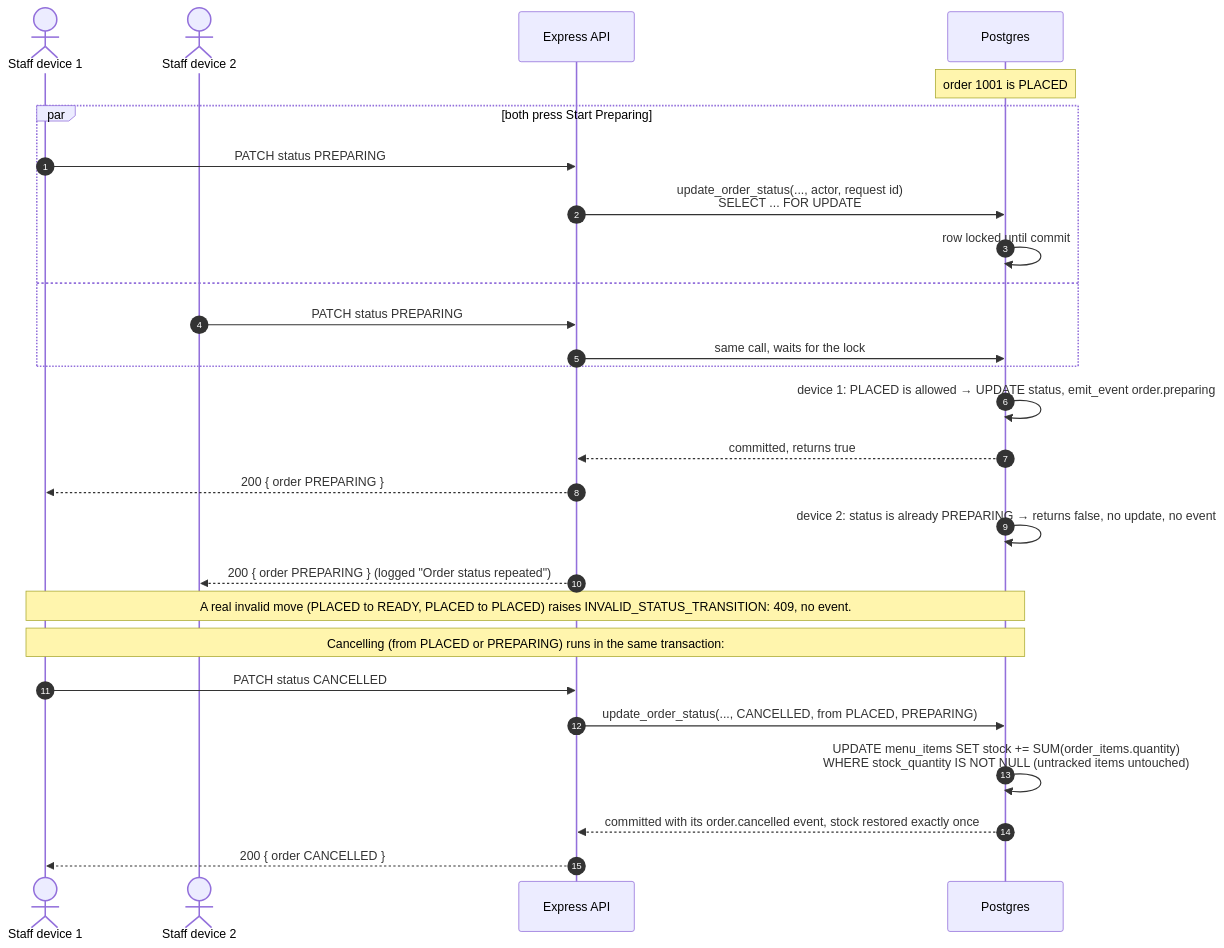
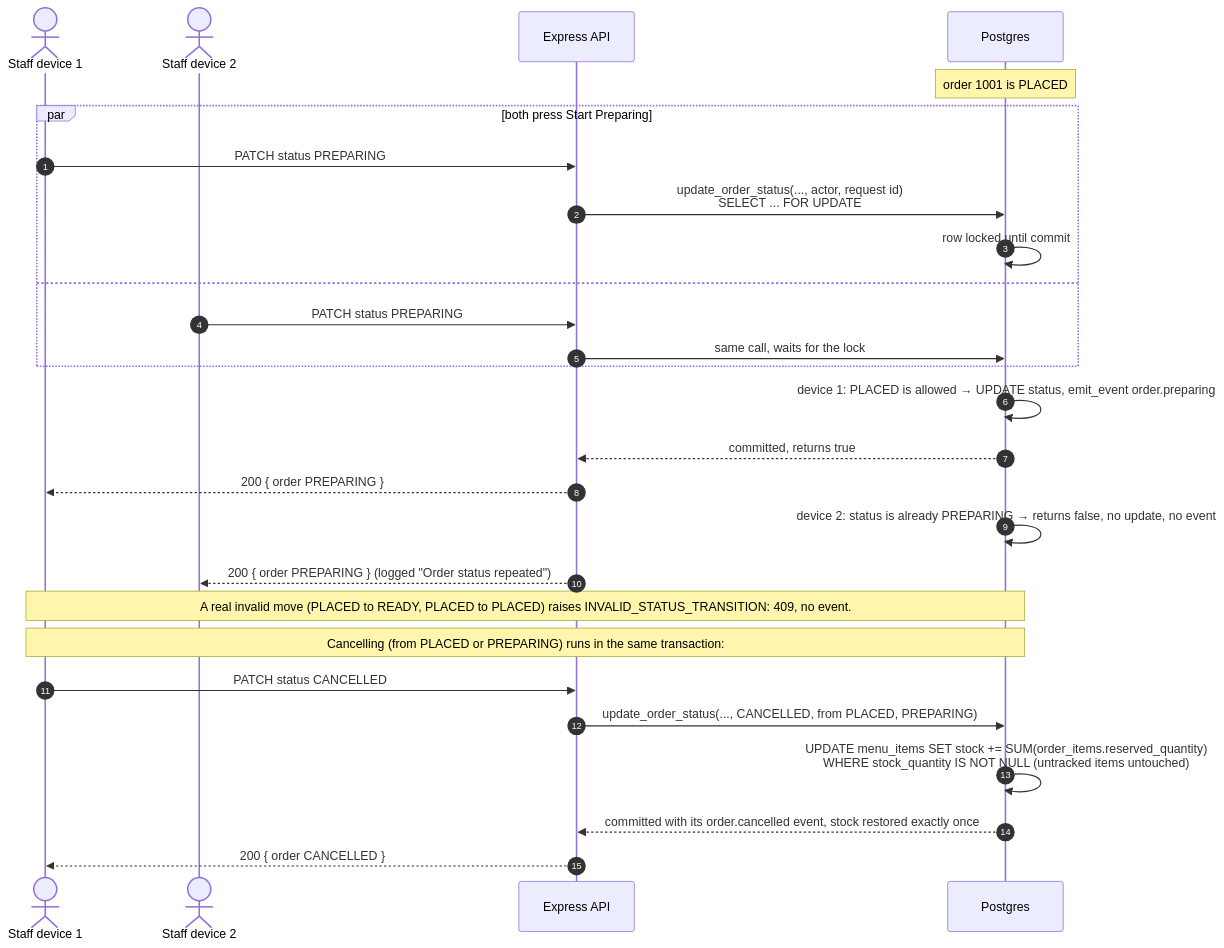
One commit to The-KhaNha/KhaNha changed diagram 22 of 28 in docs/ARCHITECTURE.md. Above: the diagram before and after it, drawn with Mermaid. The commit also changed other lines of this file and 12 other files, not shown here.

First line of the commit message:
Break fixes: a cancel returns only reserved stock; profiles keep the API's bounds

````diff
--- a/docs/ARCHITECTURE.md
+++ b/docs/ARCHITECTURE.md
@@ -812,31 +812,31 @@
 ```mermaid
 sequenceDiagram
   autonumber
   actor S1 as Staff device 1
   actor S2 as Staff device 2
   participant API as Express API
   participant DB as Postgres
 
   Note over DB: order 1001 is PLACED
   par both press Start Preparing
     S1->>API: PATCH status PREPARING
     API->>DB: update_order_status(..., actor, request id)<br/>SELECT ... FOR UPDATE
     DB->>DB: row locked until commit
   and
     S2->>API: PATCH status PREPARING
     API->>DB: same call, waits for the lock
   end
   DB->>DB: device 1: PLACED is allowed → UPDATE status, emit_event order.preparing
   DB-->>API: committed, returns true
   API-->>S1: 200 { order PREPARING }
   DB->>DB: device 2: status is already PREPARING → returns false, no update, no event
   API-->>S2: 200 { order PREPARING } (logged "Order status repeated")
 
   Note over S1,DB: A real invalid move (PLACED to READY, PLACED to PLACED) raises INVALID_STATUS_TRANSITION: 409, no event.
   Note over S1,DB: Cancelling (from PLACED or PREPARING) runs in the same transaction:
   S1->>API: PATCH status CANCELLED
   API->>DB: update_order_status(..., CANCELLED, from PLACED, PREPARING)
-  DB->>DB: UPDATE menu_items SET stock += SUM(order_items.quantity)<br/>WHERE stock_quantity IS NOT NULL (untracked items untouched)
+  DB->>DB: UPDATE menu_items SET stock += SUM(order_items.reserved_quantity)<br/>WHERE stock_quantity IS NOT NULL (untracked items untouched)
   DB-->>API: committed with its order.cancelled event, stock restored exactly once
   API-->>S1: 200 { order CANCELLED }
 ```
````
